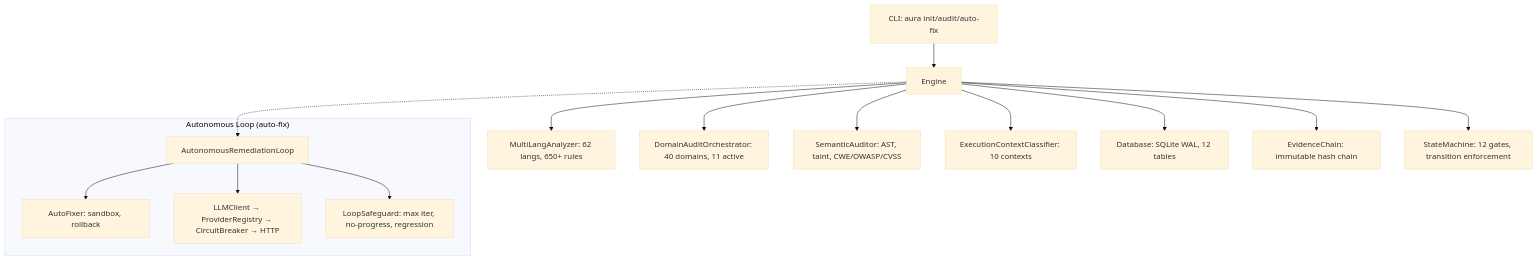
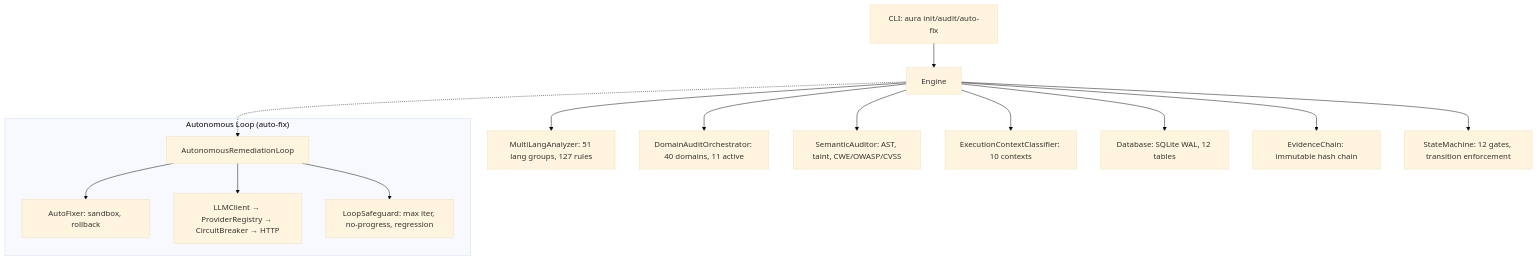
The diagram in docs/architecture/README.md (masrizram/aura), drawn with Mermaid (base theme) before and after one commit. The commit also changed 34 other files, not shown here.

First line of the commit message:
feat: v3.5.1 — architecture hardening cycle (IMP-01..IMP-09)

````diff
--- a/docs/architecture/README.md
+++ b/docs/architecture/README.md
@@ -32,23 +32,23 @@
 ```mermaid
 graph TD
     A[CLI: aura init/audit/auto-fix] --> B[Engine]
-    B --> C[MultiLangAnalyzer: 62 langs, 650+ rules]
+    B --> C[MultiLangAnalyzer: 51 lang groups, 127 rules]
     B --> D[DomainAuditOrchestrator: 40 domains, 11 active]
     B --> E[SemanticAuditor: AST, taint, CWE/OWASP/CVSS]
     B --> F[ExecutionContextClassifier: 10 contexts]
     B --> G[Database: SQLite WAL, 12 tables]
     B --> H[EvidenceChain: immutable hash chain]
     B --> I[StateMachine: 12 gates, transition enforcement]
     
     subgraph "Autonomous Loop (auto-fix)"
         J[AutonomousRemediationLoop]
         K[AutoFixer: sandbox, rollback]
         L[LLMClient → ProviderRegistry → CircuitBreaker → HTTP]
         M[LoopSafeguard: max iter, no-progress, regression]
     end
     
     B -.-> J
     J --> K
     J --> L
     J --> M
 ```
````
